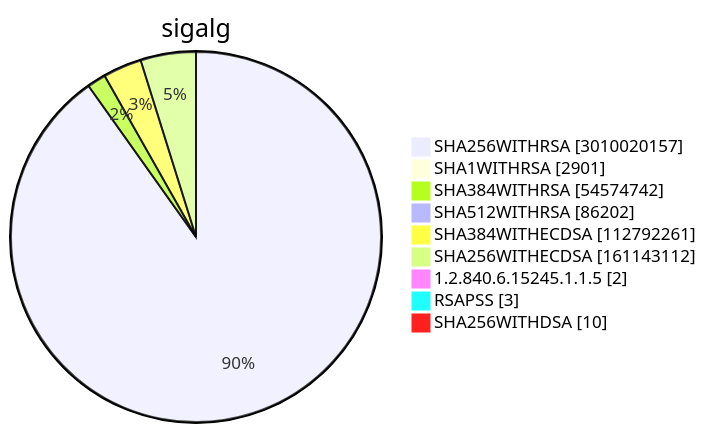
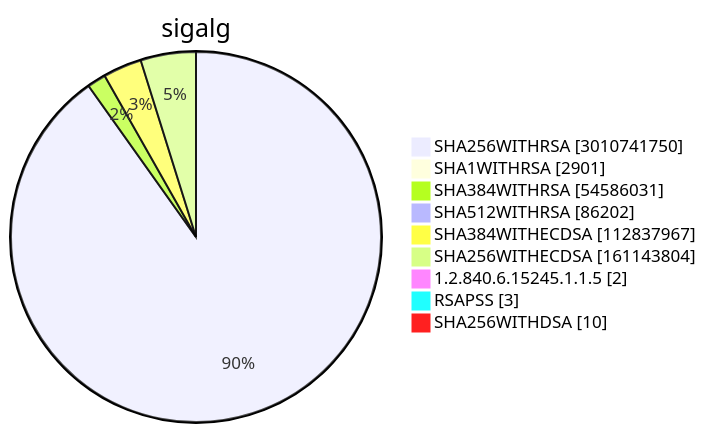
Diagram 15 of 15 in TOTAL/README.md (christiankrug/ctmonitor_visualization), drawn with Mermaid before and after one commit. The commit also changed other lines of this file, not shown here.

````diff
--- a/TOTAL/README.md
+++ b/TOTAL/README.md
@@ -6208,13 +6208,13 @@
 ```mermaid
 pie showData
 title sigalg
-"SHA256WITHRSA" :3010020157
+"SHA256WITHRSA" :3010741750
 "SHA1WITHRSA" :2901
-"SHA384WITHRSA" :54574742
+"SHA384WITHRSA" :54586031
 "SHA512WITHRSA" :86202
-"SHA384WITHECDSA" :112792261
-"SHA256WITHECDSA" :161143112
+"SHA384WITHECDSA" :112837967
+"SHA256WITHECDSA" :161143804
 "1.2.840.6.15245.1.1.5" :2
 "RSAPSS" :3
 "SHA256WITHDSA" :10
 ```
````
